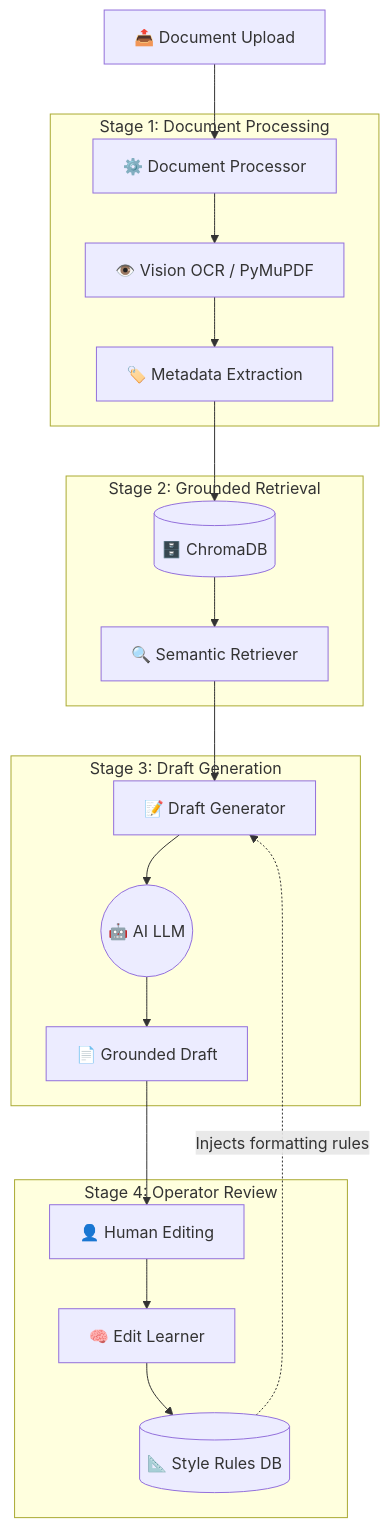
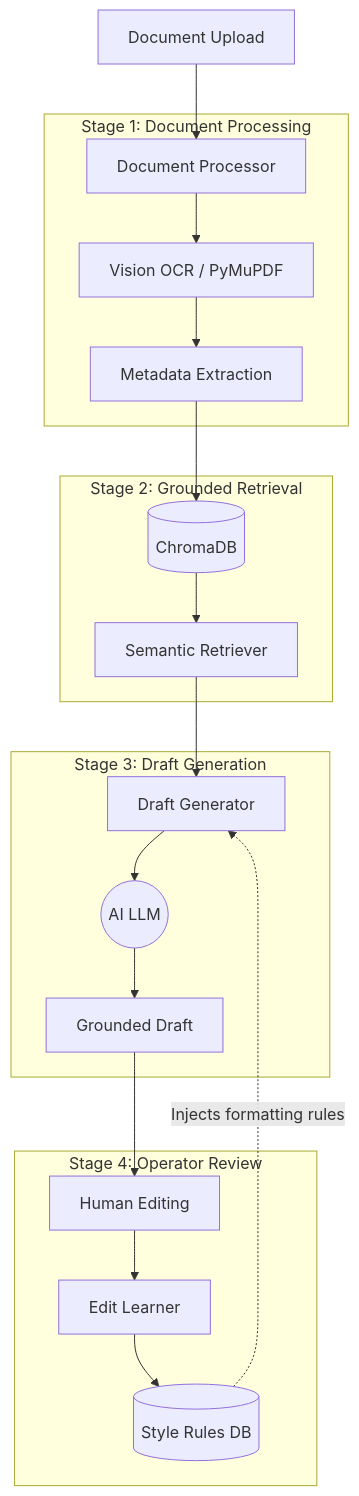
One commit to ApurboShib/Project_0.2 changed the diagram in README.md. Above: the diagram before and after it, drawn with Mermaid. The commit also changed other lines of this file, not shown here.

Commit message:
refactor: remove emojis from headings and mermaid diagrams in README.md

````diff
--- a/README.md
+++ b/README.md
@@ -11,32 +11,32 @@
 ```mermaid
 graph TD
     %% Input Layer
-    Upload[📤 Document Upload] --> Processor
+    Upload[ Document Upload] --> Processor
 
     subgraph "Stage 1: Document Processing"
-        Processor[⚙️ Document Processor]
-        OCR[👁️ Vision OCR / PyMuPDF]
-        Meta[🏷️ Metadata Extraction]
+        Processor[Document Processor]
+        OCR[Vision OCR / PyMuPDF]
+        Meta[Metadata Extraction]
         Processor --> OCR --> Meta
     end
 
     subgraph "Stage 2: Grounded Retrieval"
-        Meta --> VectorStore[(🗄️ ChromaDB)]
-        VectorStore --> Retriever[🔍 Semantic Retriever]
+        Meta --> VectorStore[(ChromaDB)]
+        VectorStore --> Retriever[Semantic Retriever]
     end
 
     subgraph "Stage 3: Draft Generation"
-        Retriever --> Generator[📝 Draft Generator]
-        Generator --> LLM((🤖 AI LLM))
-        LLM --> Draft[📄 Grounded Draft]
+        Retriever --> Generator[Draft Generator]
+        Generator --> LLM((AI LLM))
+        LLM --> Draft[Grounded Draft]
     end
 
     subgraph "Stage 4: Operator Review"
-        Draft --> Human[👤 Human Editing]
-        Human --> Learner[🧠 Edit Learner]
-        Learner --> StyleDB[(📐 Style Rules DB)]
+        Draft --> Human[Human Editing]
+        Human --> Learner[Edit Learner]
+        Learner --> StyleDB[(Style Rules DB)]
     end
 
     %% Continuous Improvement Loop
     StyleDB -.->|Injects formatting rules| Generator
 ```
````
